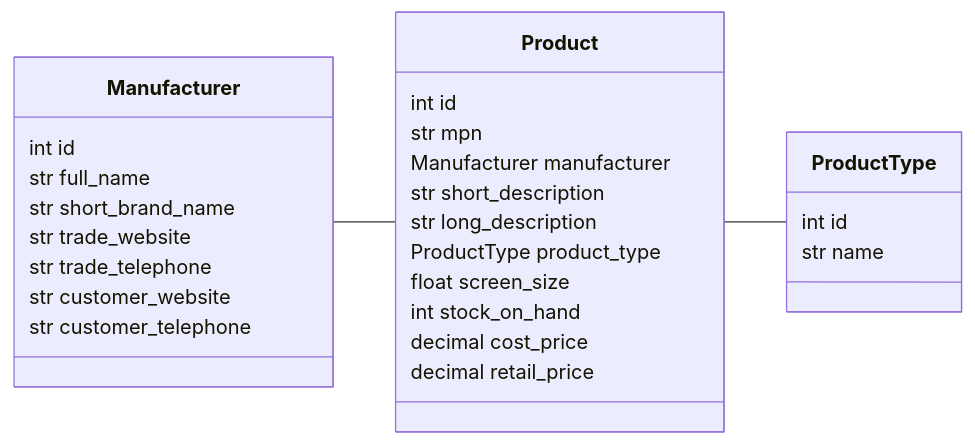
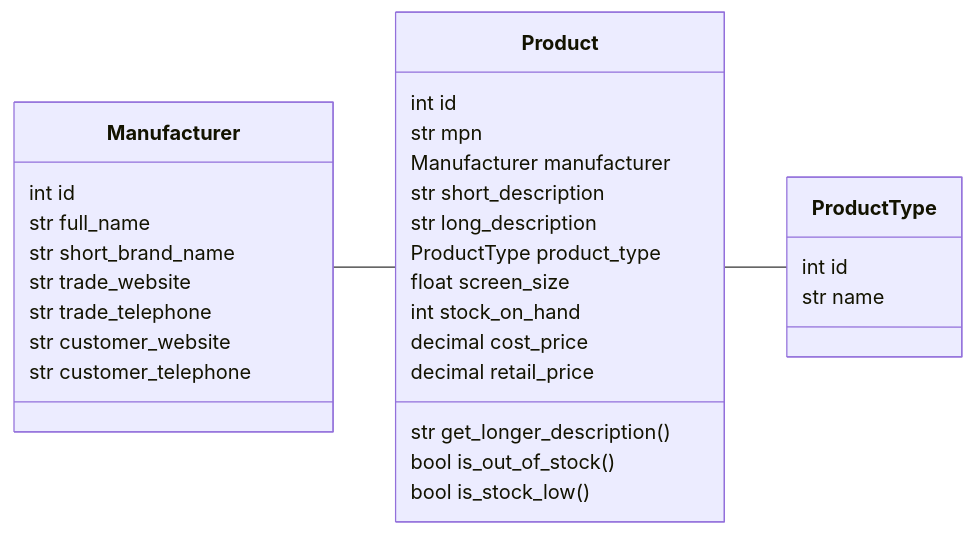
The diagram in design/class_design.md (bsmith/StockReady), drawn with Mermaid before and after one commit.

Commit message:
Add methods to Class Diagram

````diff
--- a/design/class_design.md
+++ b/design/class_design.md
@@ -5,32 +5,35 @@
 ```mermaid
 classDiagram
     direction LR
     class Manufacturer {
         int id
         str full_name
         str short_brand_name
         str trade_website
         str trade_telephone
         str customer_website
         str customer_telephone
     }
     class Product {
         int id
         str mpn
         Manufacturer manufacturer
         str short_description
         str long_description
         ProductType product_type
         float screen_size
         int stock_on_hand
         decimal cost_price
         decimal retail_price
+        str get_longer_description()
+        bool is_out_of_stock()
+        bool is_stock_low()
     }
     class ProductType {
         int id
         str name
     }
     
     Manufacturer -- Product
     Product -- ProductType
 ```
````
